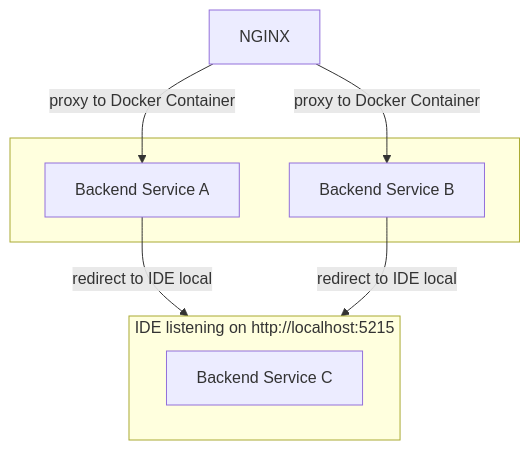
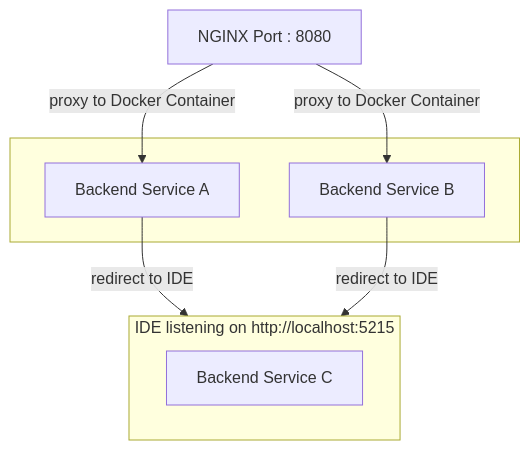
One commit to rainan16/local-dev-with-docker-compose changed the third of 3 diagrams in README.md. Above: the diagram before and after it, drawn with Mermaid. The commit also changed other lines of this file and 18 other files, not shown here.

````diff
--- a/README.md
+++ b/README.md
@@ -112,16 +121,16 @@
 ```mermaid
 graph TD
         subgraph Services[ ]
             A[Backend Service A]            
             B[Backend Service B]
         end
 
         subgraph LocalDev[ IDE listening on http://localhost:5215 ]
             C[Backend Service C]
         end
 
-        NGINX -->|proxy to Docker Container| A
+        NGINX[NGINX Port : 8080] -->|proxy to Docker Container| A
         NGINX -->|proxy to Docker Container | B
-        A -->|redirect to IDE local| LocalDev
-        B -->|redirect to IDE local| LocalDev
+        A -->|redirect to IDE| LocalDev
+        B -->|redirect to IDE| LocalDev
 ```
````
